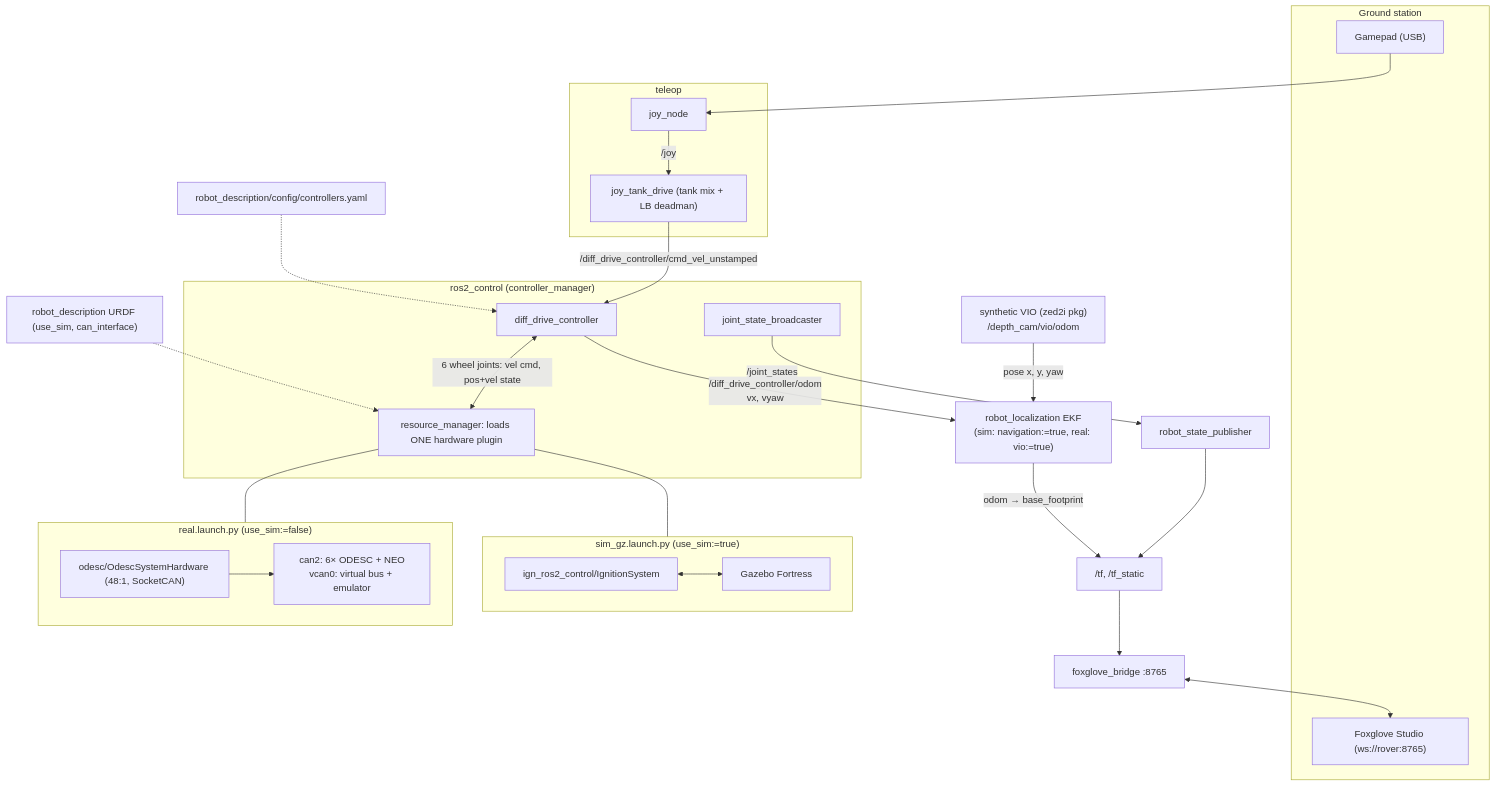
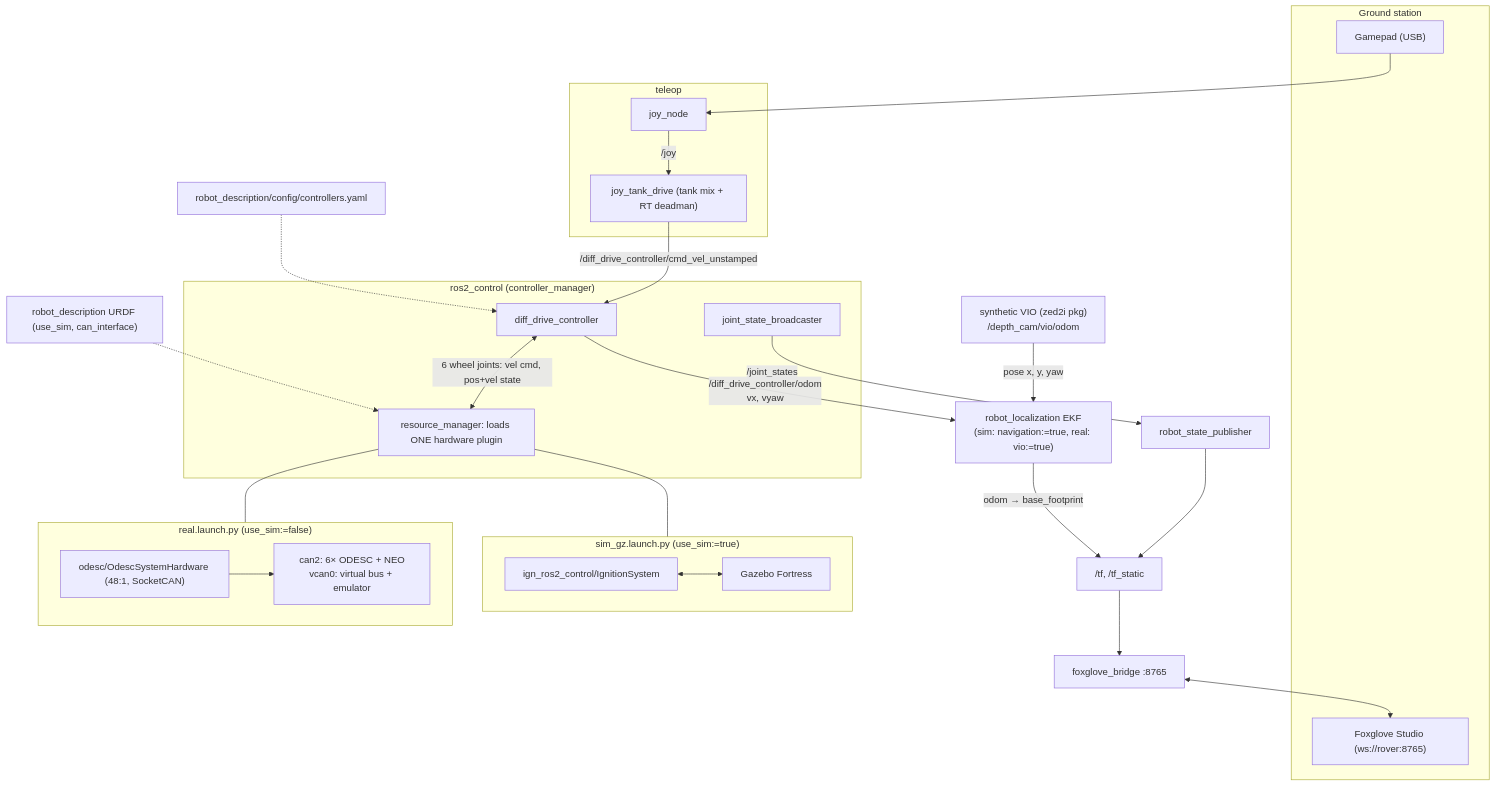
The diagram in docs/architecture.md (BILLEE-BroncoSTAR/billee-software-2027), drawn with Mermaid before and after one commit. The commit also changed 6 other files, not shown here.

````diff
--- a/docs/architecture.md
+++ b/docs/architecture.md
@@ -8,39 +8,39 @@
 ```mermaid
 flowchart TB
     subgraph OP["Ground station"]
         PAD["Gamepad (USB)"]
         FGS["Foxglove Studio (ws://rover:8765)"]
     end
 
     subgraph TELE["teleop"]
         JOY["joy_node"]
-        TANK["joy_tank_drive (tank mix + LB deadman)"]
+        TANK["joy_tank_drive (tank mix + RT deadman)"]
     end
     PAD --> JOY -->|"/joy"| TANK
     TANK -->|"/diff_drive_controller/cmd_vel_unstamped"| DDC
 
     subgraph CTRL["ros2_control (controller_manager)"]
         DDC["diff_drive_controller"]
         JSB["joint_state_broadcaster"]
         RM["resource_manager: loads ONE hardware plugin"]
         DDC <-->|"6 wheel joints: vel cmd, pos+vel state"| RM
     end
     CFG["robot_description/config/controllers.yaml"] -.-> DDC
     URDF["robot_description URDF (use_sim, can_interface)"] -.-> RM
 
     subgraph SIMB["sim_gz.launch.py (use_sim:=true)"]
         IGN["ign_ros2_control/IgnitionSystem"] <--> GZ["Gazebo Fortress"]
     end
     subgraph REALB["real.launch.py (use_sim:=false)"]
         ODESC["odesc/OdescSystemHardware (48:1, SocketCAN)"]
         ODESC --> CAN["can2: 6× ODESC + NEO<br/>vcan0: virtual bus + emulator"]
     end
     RM --- SIMB
     RM --- REALB
 
     JSB -->|"/joint_states"| RSP["robot_state_publisher"] --> TF["/tf, /tf_static"]
     VIO["synthetic VIO (zed2i pkg)<br/>/depth_cam/vio/odom"] -->|"pose x, y, yaw"| EKF["robot_localization EKF<br/>(sim: navigation:=true, real: vio:=true)"]
     DDC -->|"/diff_drive_controller/odom<br/>vx, vyaw"| EKF
     EKF -->|"odom → base_footprint"| TF
     TF --> FB["foxglove_bridge :8765"] <--> FGS
 ```
````
